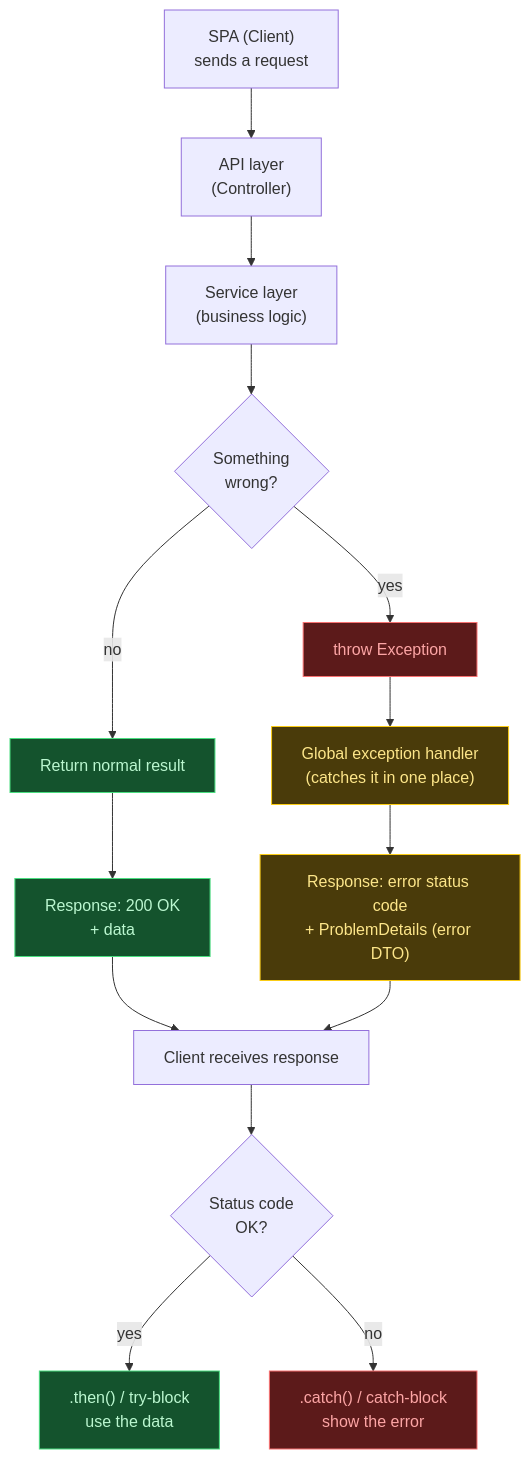
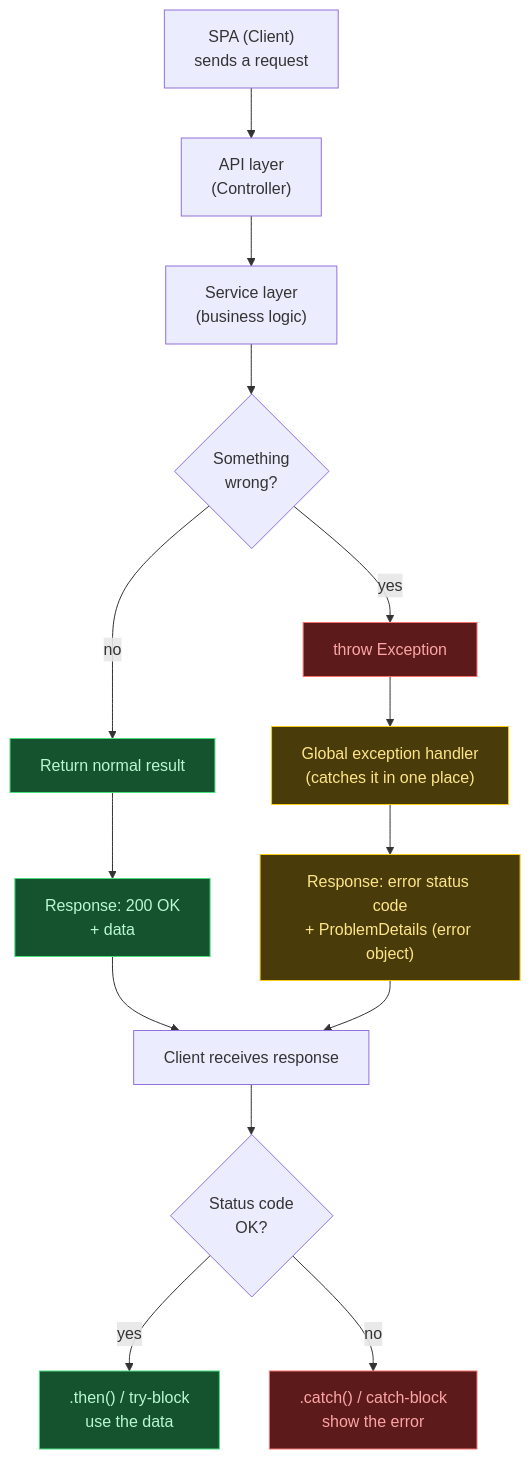
One commit to uldahlalex/multi-entity changed the diagram in architecture-control-flow.mmd. Above: the diagram before and after it, drawn with Mermaid.

Commit message:
Update error response description in flowchart

```diff
--- a/architecture-control-flow.mmd
+++ b/architecture-control-flow.mmd
@@ -1,30 +1,30 @@
 flowchart TD
     Client["SPA (Client)\nsends a request"]
     Controller["API layer\n(Controller)"]
     Service["Service layer\n(business logic)"]
 
     Client --> Controller --> Service
 
     Service --> Check{"Something\nwrong?"}
 
     Check -->|"no"| Ok["Return normal result"]
     Ok --> Resp1["Response: 200 OK\n+ data"]
 
     Check -->|"yes"| Throw["throw Exception"]
     Throw --> Handler["Global exception handler\n(catches it in one place)"]
-    Handler --> Resp2["Response: error status code\n+ ProblemDetails (error DTO)"]
+    Handler --> Resp2["Response: error status code\n+ ProblemDetails (error object)"]
 
     Resp1 --> ClientHandle["Client receives response"]
     Resp2 --> ClientHandle
 
     ClientHandle --> Status{"Status code\nOK?"}
     Status -->|"yes"| Then[".then() / try-block\nuse the data"]
     Status -->|"no"| Catch[".catch() / catch-block\nshow the error"]
 
     style Throw fill:#5c1a1a,stroke:#f87171,color:#fca5a5
     style Handler fill:#4a3b0a,stroke:#facc15,color:#fde68a
     style Resp2 fill:#4a3b0a,stroke:#facc15,color:#fde68a
     style Catch fill:#5c1a1a,stroke:#f87171,color:#fca5a5
     style Ok fill:#14532d,stroke:#4ade80,color:#bbf7d0
     style Resp1 fill:#14532d,stroke:#4ade80,color:#bbf7d0
     style Then fill:#14532d,stroke:#4ade80,color:#bbf7d0
```
